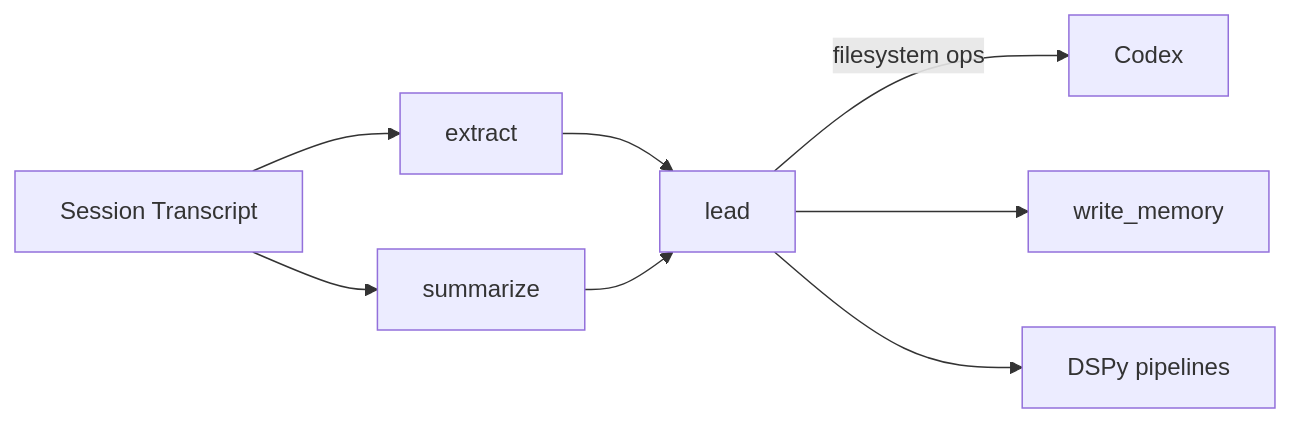
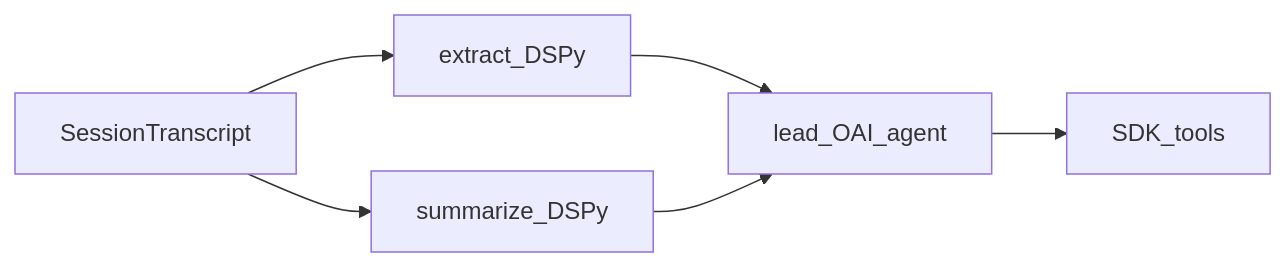
One commit to lerim-dev/lerim-cli changed the diagram in docs/configuration/model-roles.md. Above: the diagram before and after it, drawn with Mermaid. The commit also changed other lines of this file and 52 other files, not shown here.

````diff
--- a/docs/configuration/model-roles.md
+++ b/docs/configuration/model-roles.md
@@ -15,10 +19,8 @@
 ```mermaid
 flowchart LR
-	A[Session Transcript] --> B[extract]
-	A --> C[summarize]
-	B --> D[lead]
-	C --> D
-	D -->|filesystem ops| E[Codex]
-	D --> F[write_memory]
-	D --> G[DSPy pipelines]
+	Transcript[SessionTranscript] --> Ext[extract_DSPy]
+	Transcript --> Sum[summarize_DSPy]
+	Ext --> Lead[lead_OAI_agent]
+	Sum --> Lead
+	Lead --> Tools[SDK_tools]
 ```
````
